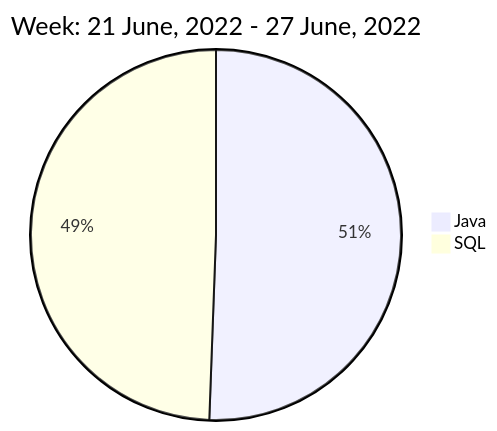
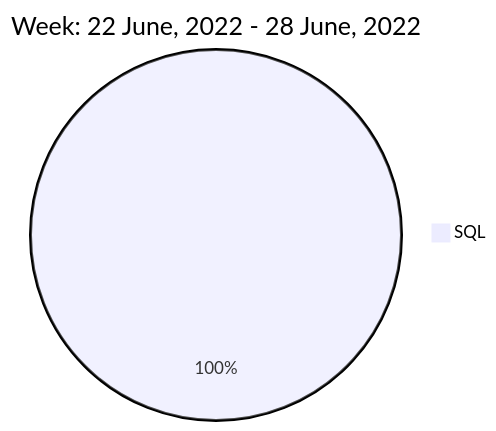
Before and after one commit to liubin95/liubin95: the diagram in README.md, drawn with Mermaid.

Commit message:
Updated the Graph with new Metrics

````diff
--- a/README.md
+++ b/README.md
@@ -40,6 +40,5 @@
 ```mermaid
  pie
-title Week: 21 June, 2022 - 27 June, 2022
- "Java" : 3.07
- "SQL" : 3.0
+title Week: 22 June, 2022 - 28 June, 2022
+ "SQL" : 2.28
 ```
````
